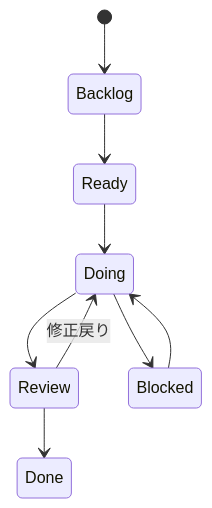
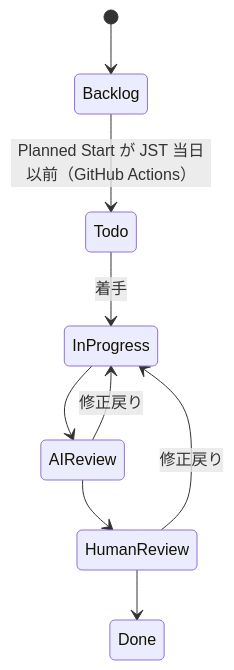
The diagram in docs/00_共通/プロジェクト運用ルール/Projects運用ルール.md (ryo-chan-k6/GiftRecommendAPP_MVP_CYCLE_3), drawn with Mermaid before and after one commit. The commit also changed other lines of this file and 7 other files, not shown here.

Commit message:
新しいスクリプトとテストを追加し、Planned Startに基づくBacklogからTodoへの自動昇格ロジックを実装。これにより、タスクのステータス管理が効率化され、GitHub Actionsを用いた定期的な更新が可能となった。また、関連ドキュメントを整備し、運用ルールを明確化した。

````diff
--- a/docs/00_共通/プロジェクト運用ルール/Projects運用ルール.md
+++ b/docs/00_共通/プロジェクト運用ルール/Projects運用ルール.md
@@ -56,13 +60,12 @@
 ```mermaid
 stateDiagram-v2
     [*] --> Backlog
-    Backlog --> Ready
-    Ready --> Doing
-    Doing --> Review
-    Review --> Done
+    Backlog --> Todo: Planned Start が JST 当日以前（GitHub Actions）
+    Todo --> InProgress: 着手
+    InProgress --> AIReview
+    AIReview --> HumanReview
+    HumanReview --> Done
 
-    Doing --> Blocked
-    Blocked --> Doing
-
-    Review --> Doing : 修正戻り
+    HumanReview --> InProgress: 修正戻り
+    AIReview --> InProgress: 修正戻り
 ```
````
